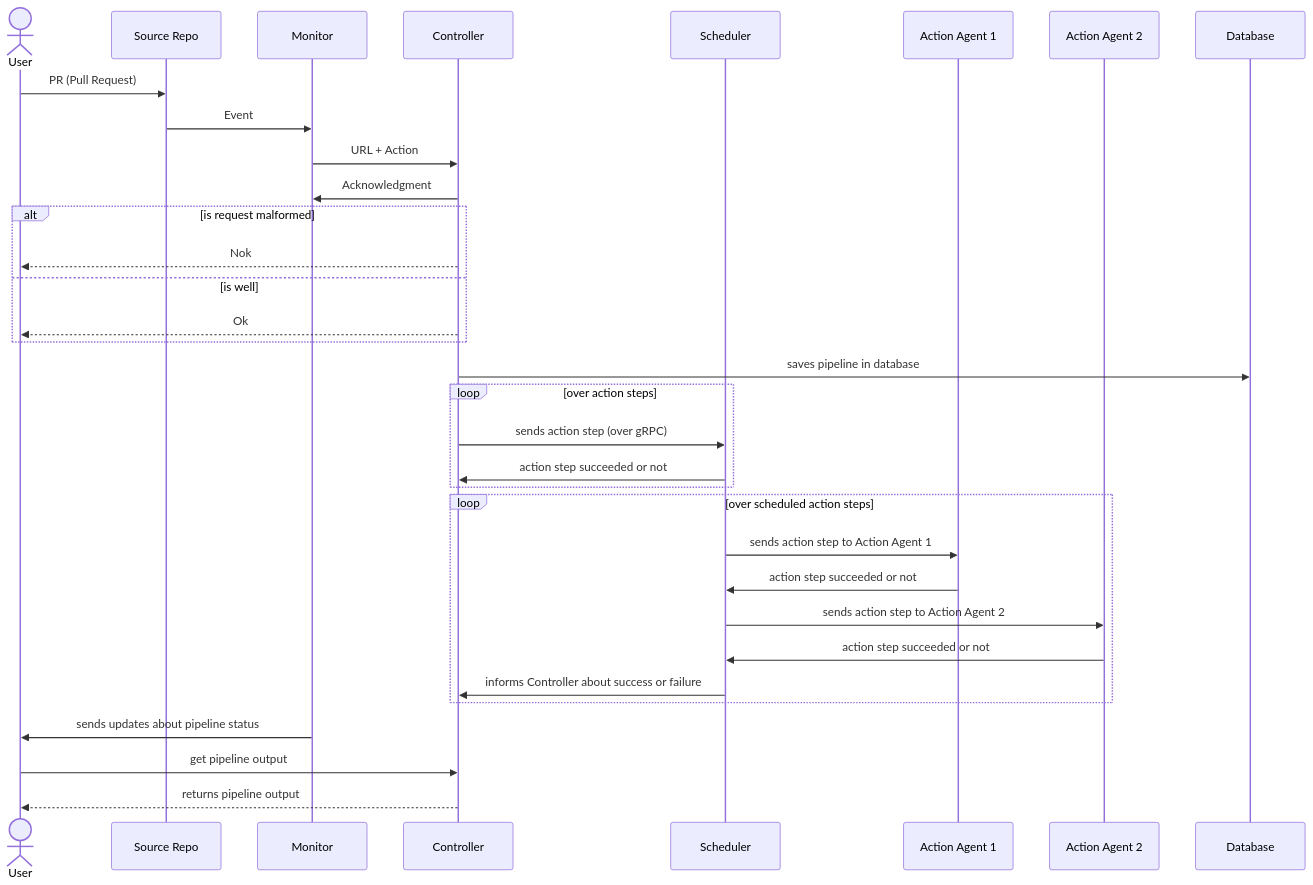
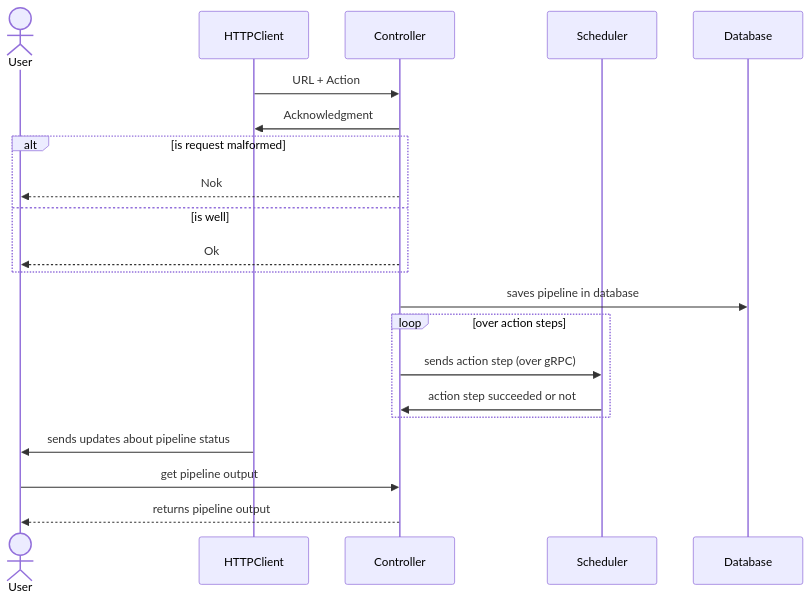
Before and after one commit to dev-sys-do/sealci: the diagram in docs/controller.md, drawn with Mermaid.

Commit message:
doc: remove the part that does not concern the controller

````diff
--- a/docs/controller.md
+++ b/docs/controller.md
@@ -71,42 +71,29 @@
 ```mermaid
 sequenceDiagram
     actor User
-    participant SourceRepo as Source Repo
-    participant Monitor
+    participant HTTPClient
     participant Controller
     participant Scheduler
-    participant ActionAgent1 as Action Agent 1
-    participant ActionAgent2 as Action Agent 2
+
     participant Database
 
-    User->>SourceRepo: PR (Pull Request)
-    SourceRepo->>Monitor: Event
-
-    Monitor->>Controller: URL + Action
-    Controller->>Monitor: Acknowledgment
+    HTTPClient->>Controller: URL + Action
+    Controller->>HTTPClient: Acknowledgment
 
     alt is request malformed
         Controller-->>User: Nok
     else is well
         Controller-->>User: Ok
     end
 
     Controller->>Database: saves pipeline in database
     
     loop over action steps
         Controller->>Scheduler: sends action step (over gRPC)
         Scheduler->>Controller: action step succeeded or not
     end
-
-    loop over scheduled action steps
-        Scheduler->>ActionAgent1: sends action step to Action Agent 1
-        ActionAgent1->>Scheduler: action step succeeded or not
-        Scheduler->>ActionAgent2: sends action step to Action Agent 2
-        ActionAgent2->>Scheduler: action step succeeded or not
-        Scheduler->>Controller: informs Controller about success or failure
-    end
     
-    Monitor->>User: sends updates about pipeline status
+    HTTPClient->>User: sends updates about pipeline status
     User->>Controller: get pipeline output
     Controller-->>User: returns pipeline output
 ```
````
